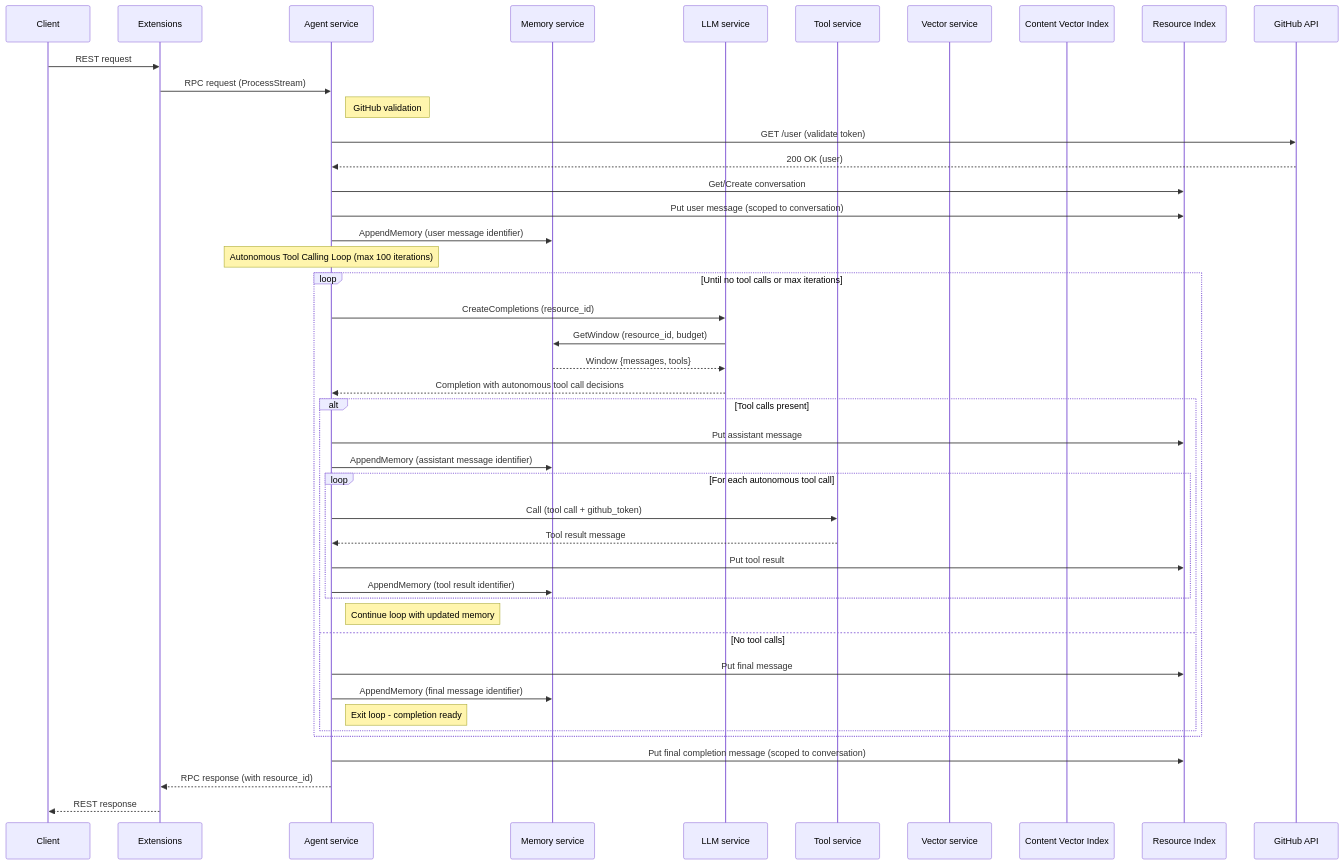
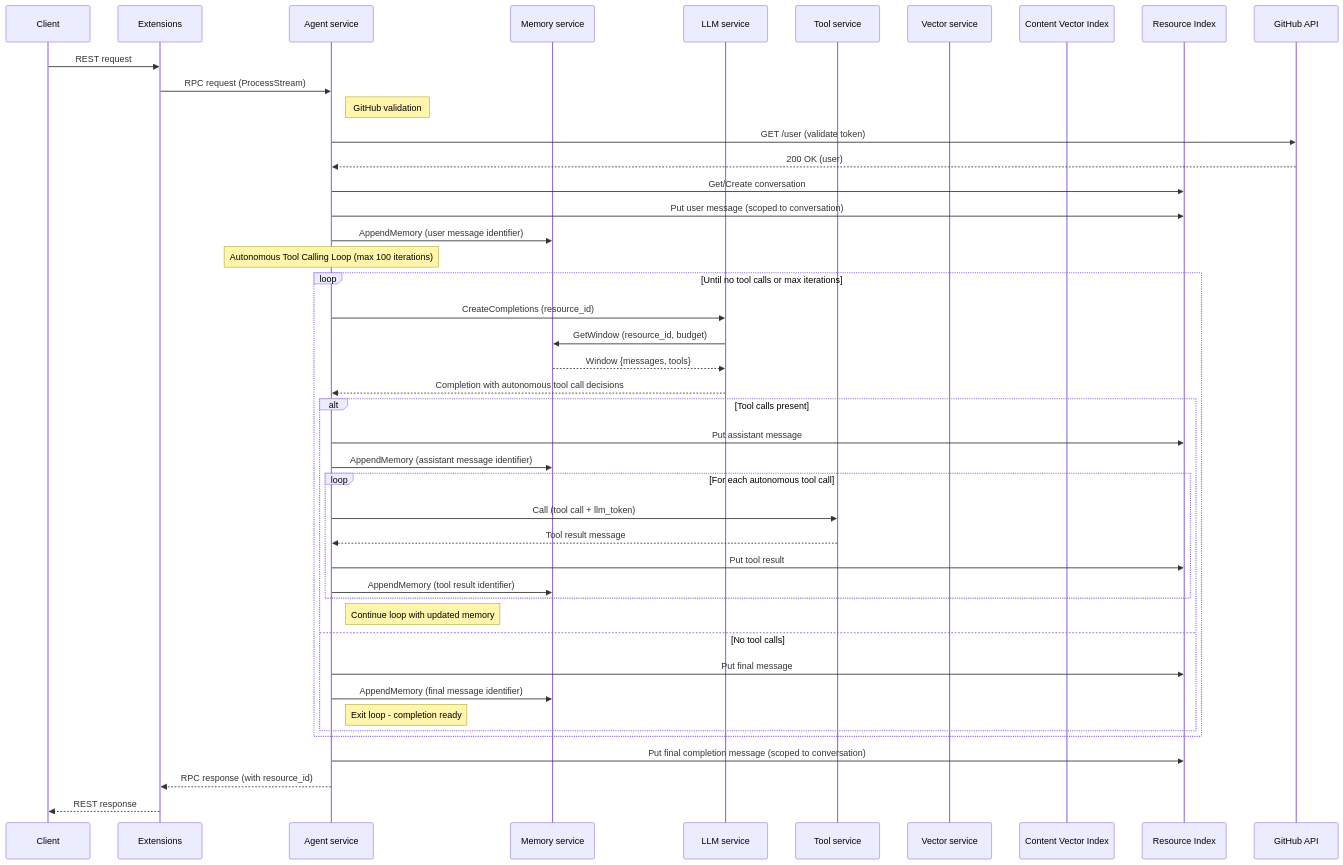
Before and after one commit to copilot-ld/copilot-ld: the first of 3 diagrams in docs/architecture.md, drawn with Mermaid. The commit also changed other lines of this file and 386 other files, not shown here.

````diff
--- a/docs/architecture.md
+++ b/docs/architecture.md
@@ -104,53 +108,53 @@
 ```mermaid
 sequenceDiagram
     participant Client
     participant Extension as Extensions
     participant Agent as Agent service
     participant Memory as Memory service
     participant LLM as LLM service
     participant Tool as Tool service
     participant Vector as Vector service
     participant ContentIndex as Content Vector Index
     participant ResourceIndex as Resource Index
     participant GitHub as GitHub API
 
     Client->>Extension: REST request
     Extension->>Agent: RPC request (ProcessStream)
 
     Note right of Agent: GitHub validation
     Agent->>GitHub: GET /user (validate token)
     GitHub-->>Agent: 200 OK (user)
 
     Agent->>ResourceIndex: Get/Create conversation
     Agent->>ResourceIndex: Put user message (scoped to conversation)
     Agent->>Memory: AppendMemory (user message identifier)
 
     Note over Agent: Autonomous Tool Calling Loop (max 100 iterations)
     loop Until no tool calls or max iterations
         Agent->>LLM: CreateCompletions (resource_id)
         LLM->>Memory: GetWindow (resource_id, budget)
         Memory-->>LLM: Window {messages, tools}
         LLM-->>Agent: Completion with autonomous tool call decisions
 
         alt Tool calls present
             Agent->>ResourceIndex: Put assistant message
             Agent->>Memory: AppendMemory (assistant message identifier)
             loop For each autonomous tool call
-                Agent->>Tool: Call (tool call + github_token)
+                Agent->>Tool: Call (tool call + llm_token)
                 Tool-->>Agent: Tool result message
                 Agent->>ResourceIndex: Put tool result
                 Agent->>Memory: AppendMemory (tool result identifier)
             end
             Note right of Agent: Continue loop with updated memory
         else No tool calls
             Agent->>ResourceIndex: Put final message
             Agent->>Memory: AppendMemory (final message identifier)
             Note right of Agent: Exit loop - completion ready
         end
     end
 
     Agent->>ResourceIndex: Put final completion message (scoped to conversation)
 
     Agent-->>Extension: RPC response (with resource_id)
     Extension-->>Client: REST response
 ```
````
